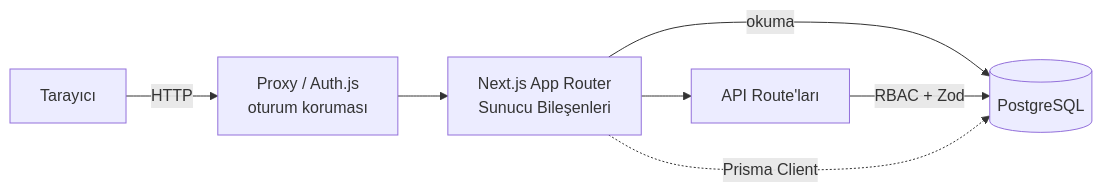
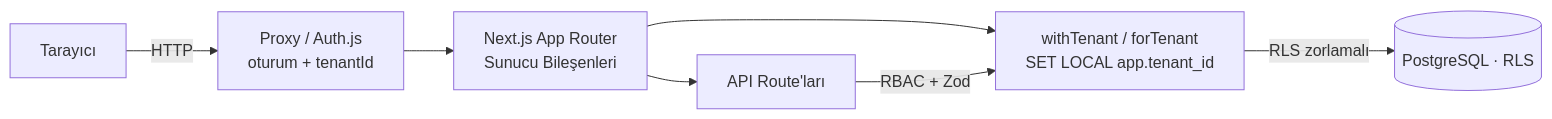
One commit to YusufKosarDev/ciftlik-pro changed the diagram in README.md. Above: the diagram before and after it, drawn with Mermaid. The commit also changed other lines of this file and 2 other files, not shown here.

````diff
--- a/README.md
+++ b/README.md
@@ -143,9 +175,9 @@
 ```mermaid
 flowchart LR
-  B[Tarayıcı] -->|HTTP| P[Proxy / Auth.js<br/>oturum koruması]
+  B[Tarayıcı] -->|HTTP| P[Proxy / Auth.js<br/>oturum + tenantId]
   P --> RSC[Next.js App Router<br/>Sunucu Bileşenleri]
-  RSC -->|okuma| DB[(PostgreSQL)]
+  RSC --> TX[withTenant / forTenant<br/>SET LOCAL app.tenant_id]
   RSC --> API[API Route'ları]
-  API -->|RBAC + Zod| DB
-  RSC -.->|Prisma Client| DB
+  API -->|RBAC + Zod| TX
+  TX -->|RLS zorlamalı| DB[(PostgreSQL · RLS)]
 ```
````
